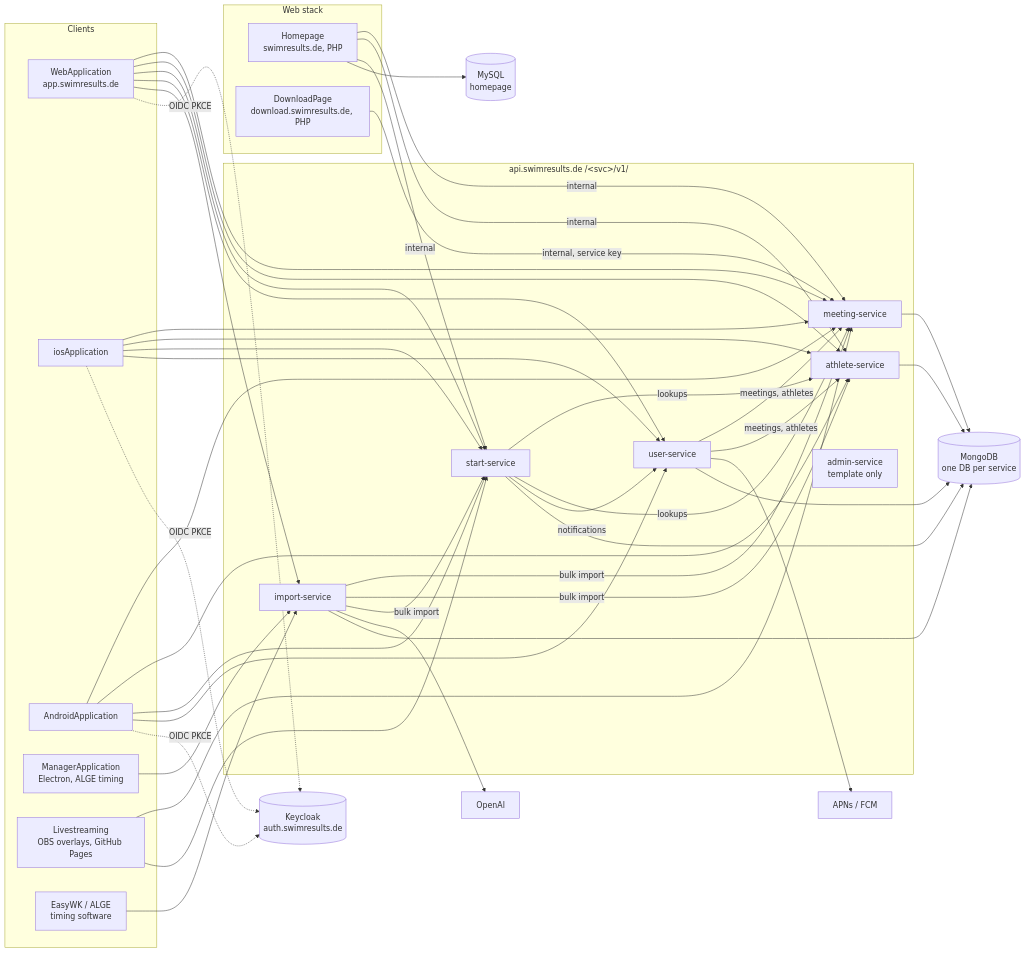
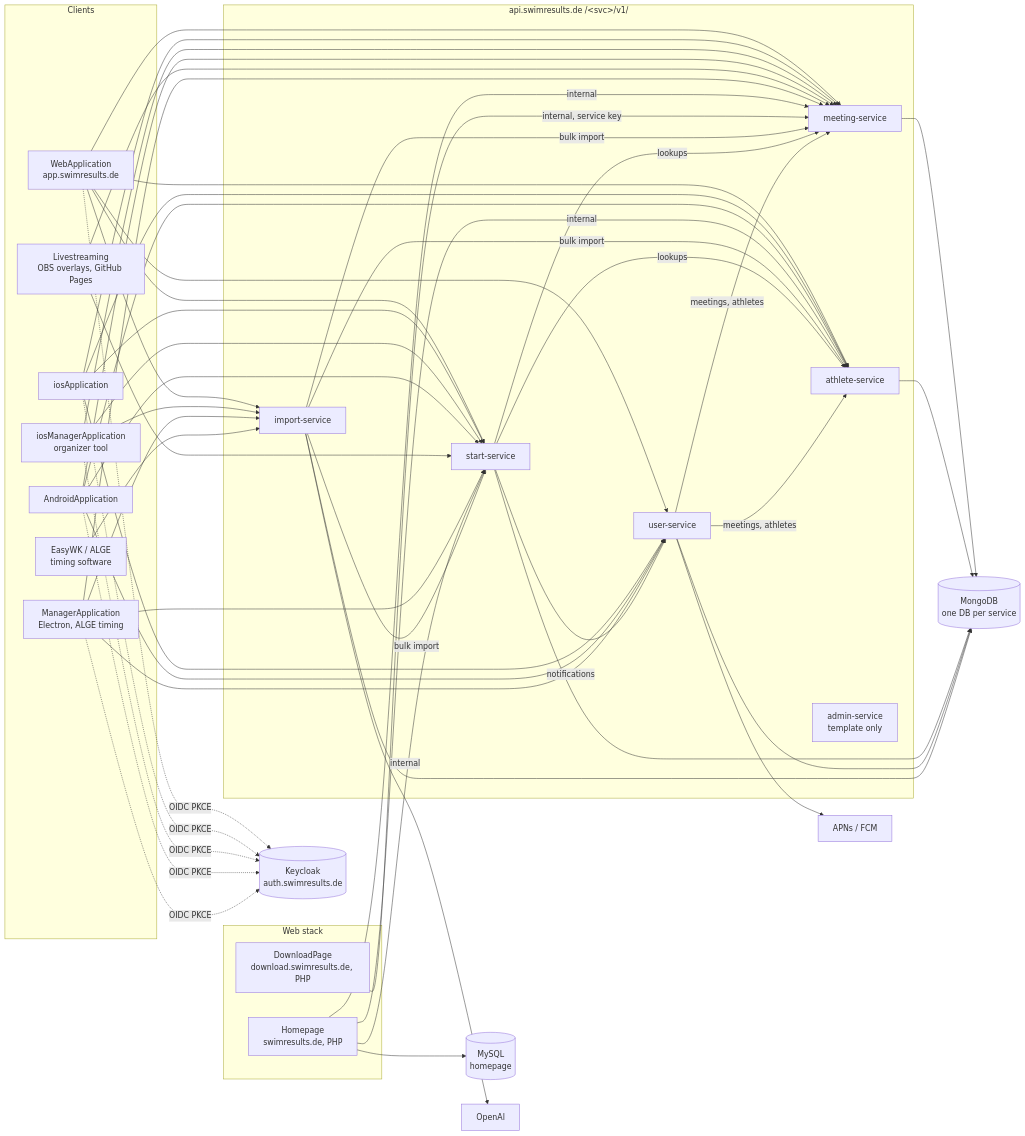
The diagram in docs/architecture.md (SwimResults/SwimResults), drawn with Mermaid before and after one commit. The commit also changed other lines of this file and 4 other files, not shown here.

First line of the commit message:
Add iosManagerApplication to the workspace; refresh app docs

````diff
--- a/docs/architecture.md
+++ b/docs/architecture.md
@@ -8,48 +8,50 @@
 ```mermaid
 flowchart LR
   subgraph Clients
     WEB[WebApplication<br/>app.swimresults.de]
     IOS[iosApplication]
+    IOSM[iosManagerApplication<br/>organizer tool]
     AND[AndroidApplication]
     MGR[ManagerApplication<br/>Electron, ALGE timing]
     LIVE[Livestreaming<br/>OBS overlays, GitHub Pages]
     TIM[EasyWK / ALGE<br/>timing software]
   end
   subgraph Web stack
     HP[Homepage<br/>swimresults.de, PHP]
     DL[DownloadPage<br/>download.swimresults.de, PHP]
   end
   subgraph "api.swimresults.de /&lt;svc&gt;/v1/"
     MEET[meeting-service]
     ATH[athlete-service]
     START[start-service]
     USER[user-service]
     IMP[import-service]
     ADM[admin-service<br/>template only]
   end
   KC[(Keycloak<br/>auth.swimresults.de)]
   MONGO[(MongoDB<br/>one DB per service)]
   MYSQL[(MySQL<br/>homepage)]
   PUSH[APNs / FCM]
   OAI[OpenAI]
 
   WEB --> MEET & ATH & START & USER & IMP
   IOS --> MEET & ATH & START & USER
+  IOSM --> MEET & START & IMP
   AND --> MEET & ATH & START & USER
   LIVE --> MEET & START
-  MGR --> IMP
+  MGR --> MEET & START & USER & IMP
   TIM --> IMP
   HP -->|internal| MEET & ATH & START
   HP --> MYSQL
   DL -->|internal, service key| MEET
 
   IMP -->|bulk import| MEET & ATH & START
   START -->|lookups| ATH & MEET
   START -->|notifications| USER
   USER -->|meetings, athletes| MEET & ATH
   USER --> PUSH
   IMP --> OAI
 
-  WEB & IOS & AND -.OIDC PKCE.-> KC
+  WEB & IOS & IOSM & AND & MGR -.OIDC PKCE.-> KC
   MEET & ATH & START & USER & IMP --> MONGO
 ```
````
